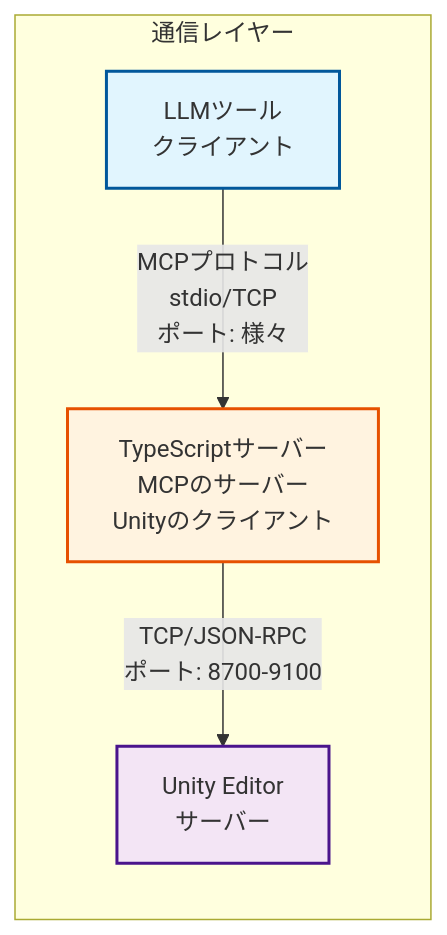
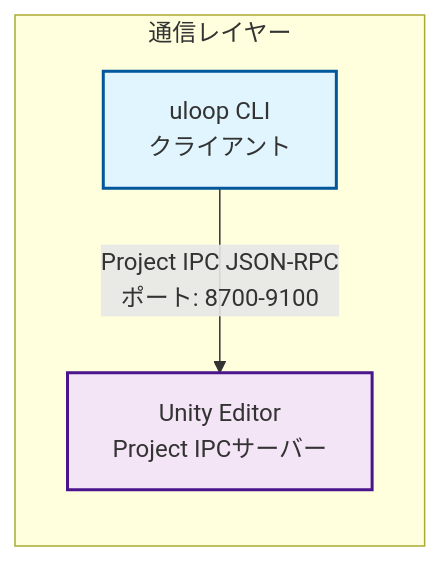
One commit to hatayama/uLoopMCP changed the second of 7 diagrams in Packages/docs/ARCHITECTURE_Unity_ja.md. Above: the diagram before and after it, drawn with Mermaid. The commit also changed other lines of this file and 38 other files, not shown here.

````diff
--- a/Packages/docs/ARCHITECTURE_Unity_ja.md
+++ b/Packages/docs/ARCHITECTURE_Unity_ja.md
@@ -61,19 +40,16 @@
 ```mermaid
 graph LR
     subgraph "通信レイヤー"
-        LLM[LLMツール<br/>クライアント]
-        TS[TypeScriptサーバー<br/>MCPのサーバー<br/>Unityのクライアント]
-        Unity[Unity Editor<br/>サーバー]
+        CLI[uloop CLI<br/>クライアント]
+        Unity[Unity Editor<br/>Project IPCサーバー]
     end
     
-    LLM -->|"MCPプロトコル<br/>stdio/TCP<br/>ポート: 様々"| TS
-    TS -->|"TCP/JSON-RPC<br/>ポート: 8700-9100"| Unity
+    CLI -->|"Project IPC JSON-RPC<br/>ポート: 8700-9100"| Unity
     
     classDef client fill:#e1f5fe,stroke:#01579b,stroke-width:2px
     classDef server fill:#f3e5f5,stroke:#4a148c,stroke-width:2px
     classDef hybrid fill:#fff3e0,stroke:#e65100,stroke-width:2px
     
-    class LLM client
+    class CLI client
     class Unity server
-    class TS hybrid
 ```
````
